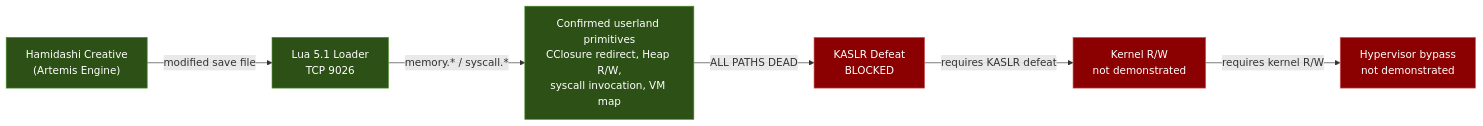
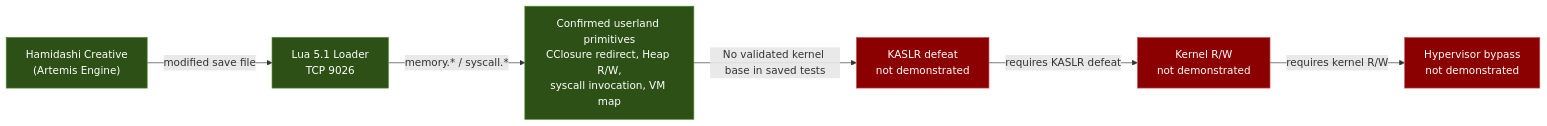
The first of 3 diagrams in README.md (0x7067/PS5-14.10-Research), drawn with Mermaid before and after one commit. The commit also changed other lines of this file and 15 other files, not shown here.

````diff
--- a/README.md
+++ b/README.md
@@ -113,15 +115,15 @@
 ```mermaid
 graph LR
     A["Hamidashi Creative<br/>(Artemis Engine)"] -->|modified save file| B["Lua 5.1 Loader<br/>TCP 9026"]
     B -->|memory.* / syscall.*| C["Confirmed userland primitives<br/>CClosure redirect, Heap R/W,<br/>syscall invocation, VM map"]
-    C -->|"ALL PATHS DEAD"| D["KASLR Defeat<br/>BLOCKED"]
+    C -->|"No validated kernel base in saved tests"| D["KASLR defeat<br/>not demonstrated"]
     D -->|requires KASLR defeat| E["Kernel R/W<br/>not demonstrated"]
     E -->|requires kernel R/W| F["Hypervisor bypass<br/>not demonstrated"]
 
     style A fill:#2d5016,stroke:#4a8c2a,color:#fff
     style B fill:#2d5016,stroke:#4a8c2a,color:#fff
     style C fill:#2d5016,stroke:#4a8c2a,color:#fff
     style D fill:#8b0000,stroke:#cd5c5c,color:#fff
     style E fill:#8b0000,stroke:#cd5c5c,color:#fff
     style F fill:#8b0000,stroke:#cd5c5c,color:#fff
 ```
````
